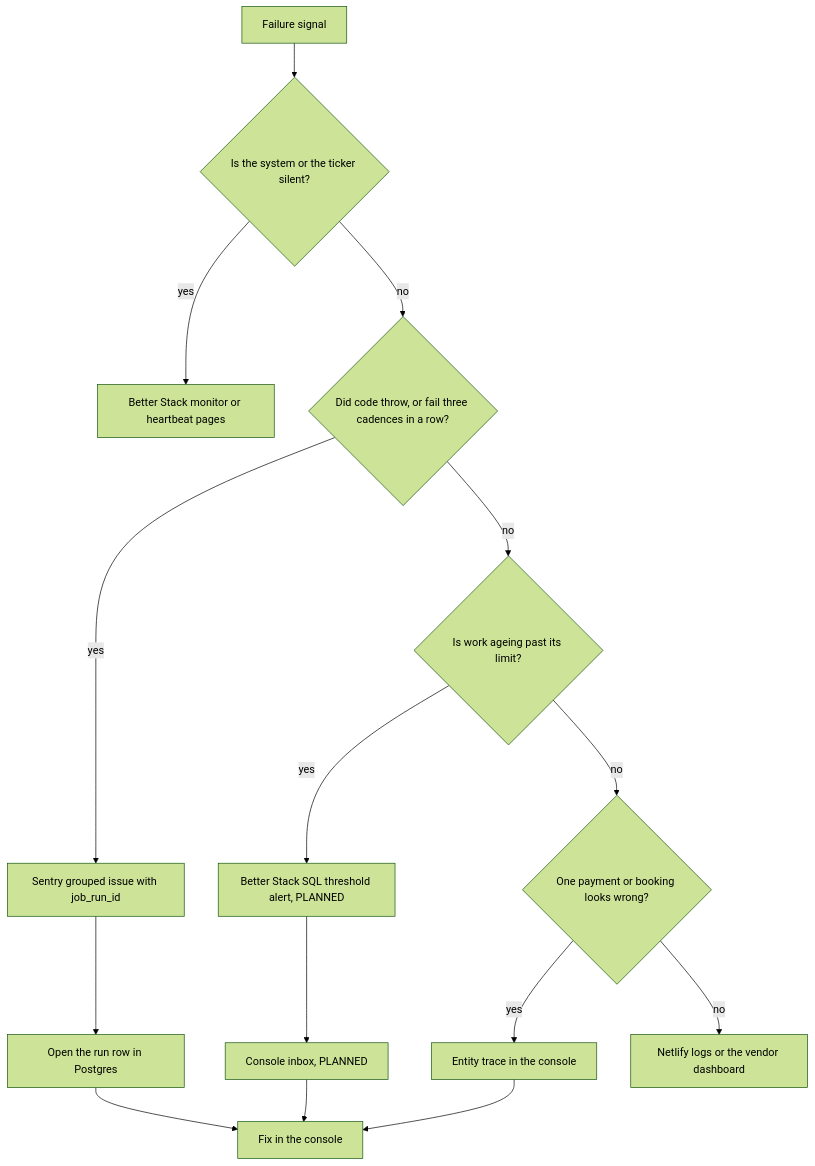
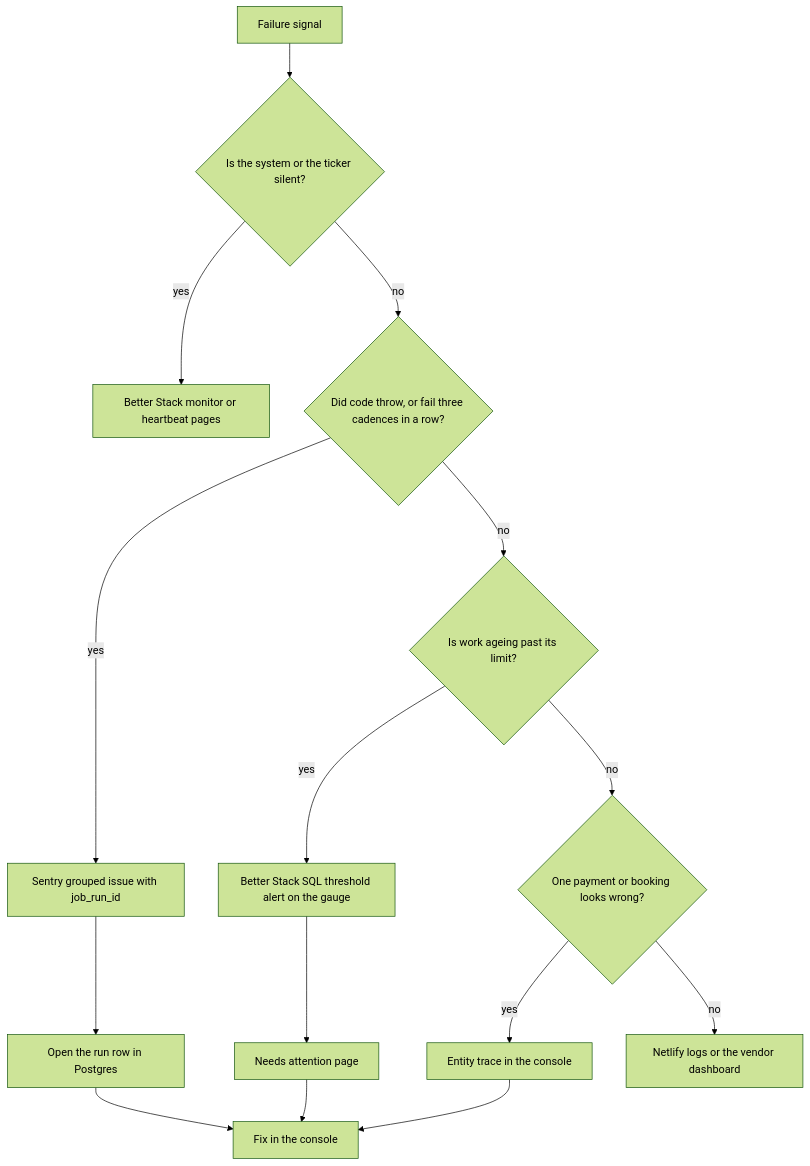
The first of 2 diagrams in docs/observability/01-ownership-sentry-betterstack.md (Practitionist/familiarise_web), drawn with Mermaid (forest theme) before and after one commit. The commit also changed other lines of this file and 20 other files, not shown here.

First line of the commit message:
docs(observability): gaps-and-launch-posture decision record, gauge thresholds, inbox and the run-row history bridge

````diff
--- a/docs/observability/01-ownership-sentry-betterstack.md
+++ b/docs/observability/01-ownership-sentry-betterstack.md
@@ -48,17 +49,17 @@
 ```mermaid
 flowchart TD
     S[Failure signal] --> Q1{Is the system or the ticker silent?}
     Q1 -- yes --> BS[Better Stack monitor or heartbeat pages]
     Q1 -- no --> Q2{Did code throw, or fail three cadences in a row?}
     Q2 -- yes --> SE[Sentry grouped issue with job_run_id]
     SE --> RR[Open the run row in Postgres]
     Q2 -- no --> Q3{Is work ageing past its limit?}
-    Q3 -- yes --> BG[Better Stack SQL threshold alert, PLANNED]
-    BG --> INB[Console inbox, PLANNED]
+    Q3 -- yes --> BG[Better Stack SQL threshold alert on the gauge]
+    BG --> INB[Needs attention page]
     Q3 -- no --> Q4{One payment or booking looks wrong?}
     Q4 -- yes --> ET[Entity trace in the console]
     Q4 -- no --> NL[Netlify logs or the vendor dashboard]
     RR --> ACT[Fix in the console]
     INB --> ACT
     ET --> ACT
 ```
````
